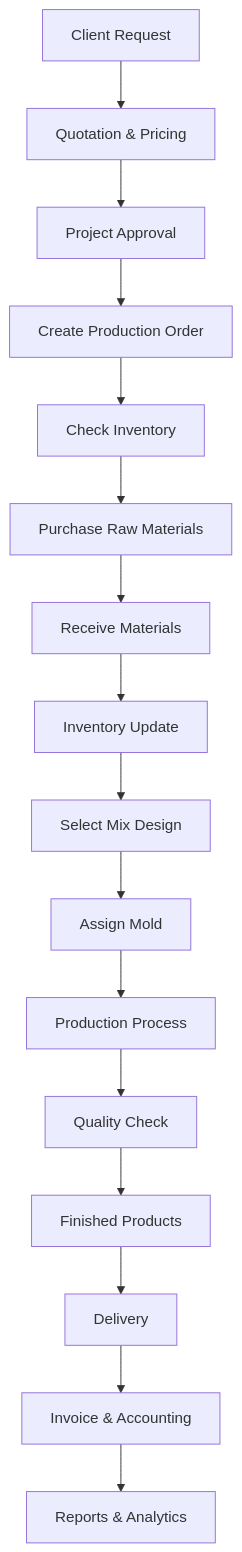
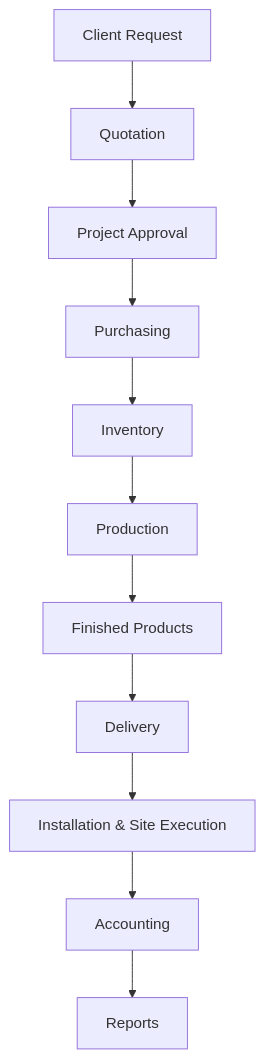
The diagram in Final_ERP_Workflow.md (abdeelrhmanmostafa1/ERP-System), drawn with Mermaid before and after one commit. The commit also changed other lines of this file, not shown here.

Commit message:
Add final ERP workflow markdown with installation stage

````diff
--- a/Final_ERP_Workflow.md
+++ b/Final_ERP_Workflow.md
@@ -24,34 +24,13 @@
 ```mermaid
 flowchart TD
-
-A[Client Request]
---> B[Quotation & Pricing]
-
+A[Client Request] --> B[Quotation]
 B --> C[Project Approval]
-
-C --> D[Create Production Order]
-
-D --> E[Check Inventory]
-
-E --> F[Purchase Raw Materials]
-
-F --> G[Receive Materials]
-
-G --> H[Inventory Update]
-
-H --> I[Select Mix Design]
-
-I --> J[Assign Mold]
-
-J --> K[Production Process]
-
-K --> L[Quality Check]
-
-L --> M[Finished Products]
-
-M --> N[Delivery]
-
-N --> O[Invoice & Accounting]
-
-O --> P[Reports & Analytics]
+C --> D[Purchasing]
+D --> E[Inventory]
+E --> F[Production]
+F --> G[Finished Products]
+G --> H[Delivery]
+H --> I[Installation & Site Execution]
+I --> J[Accounting]
+J --> K[Reports]
 ```
````
